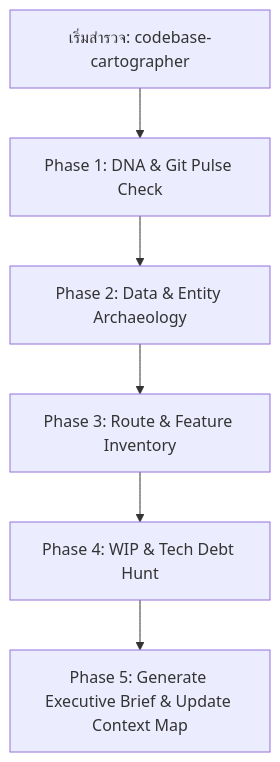
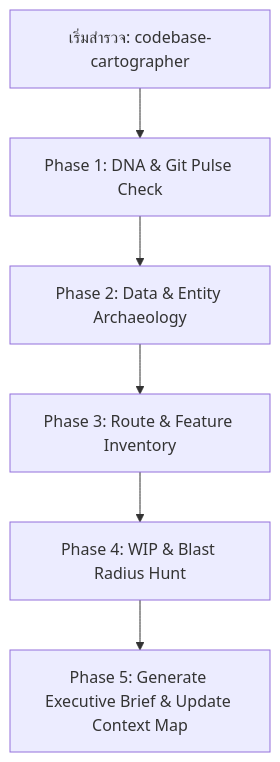
One commit to AlmxndBL/Apex-core changed the diagram in skills/codebase-cartographer/SKILL.md. Above: the diagram before and after it, drawn with Mermaid. The commit also changed other lines of this file and 24 other files, not shown here.

````diff
--- a/skills/codebase-cartographer/SKILL.md
+++ b/skills/codebase-cartographer/SKILL.md
@@ -23,8 +48,8 @@
 ```mermaid
 graph TD
     A[เริ่มสำรวจ: codebase-cartographer] --> B[Phase 1: DNA & Git Pulse Check]
     B --> C[Phase 2: Data & Entity Archaeology]
     C --> D[Phase 3: Route & Feature Inventory]
-    D --> E[Phase 4: WIP & Tech Debt Hunt]
+    D --> E[Phase 4: WIP & Blast Radius Hunt]
     E --> F[Phase 5: Generate Executive Brief & Update Context Map]
 ```
````
